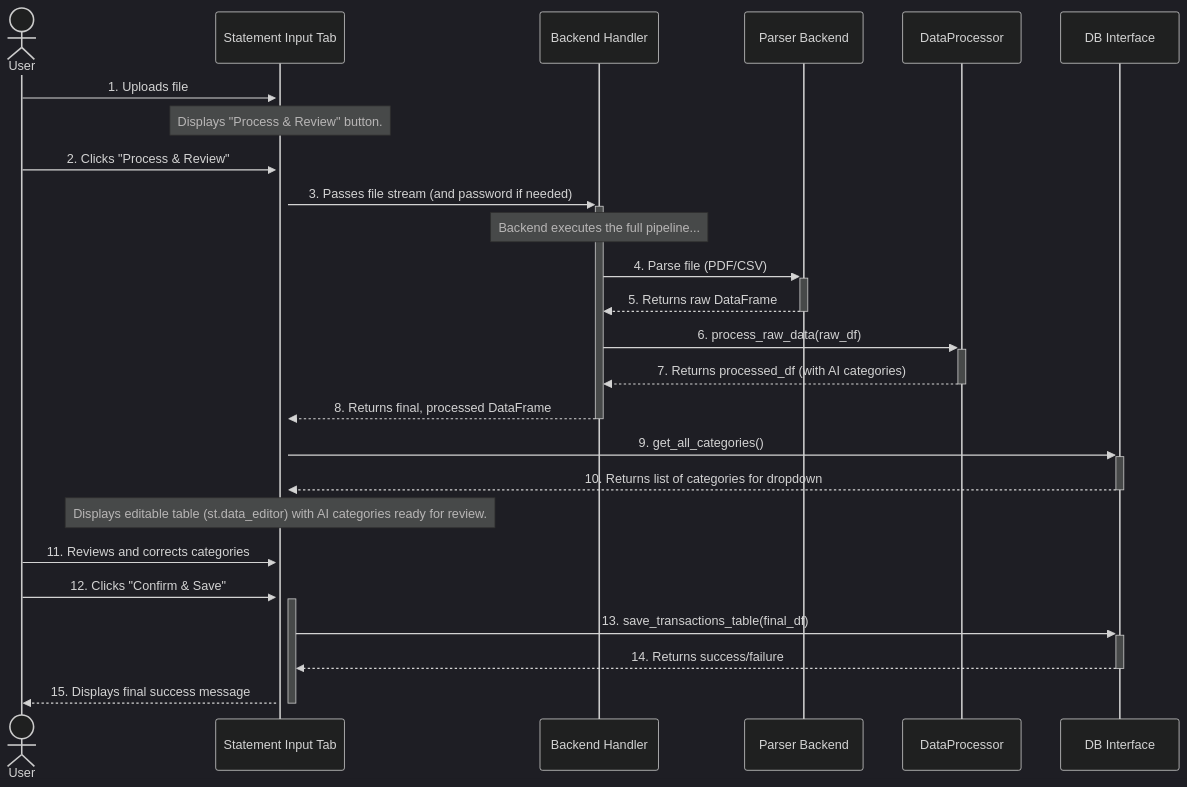
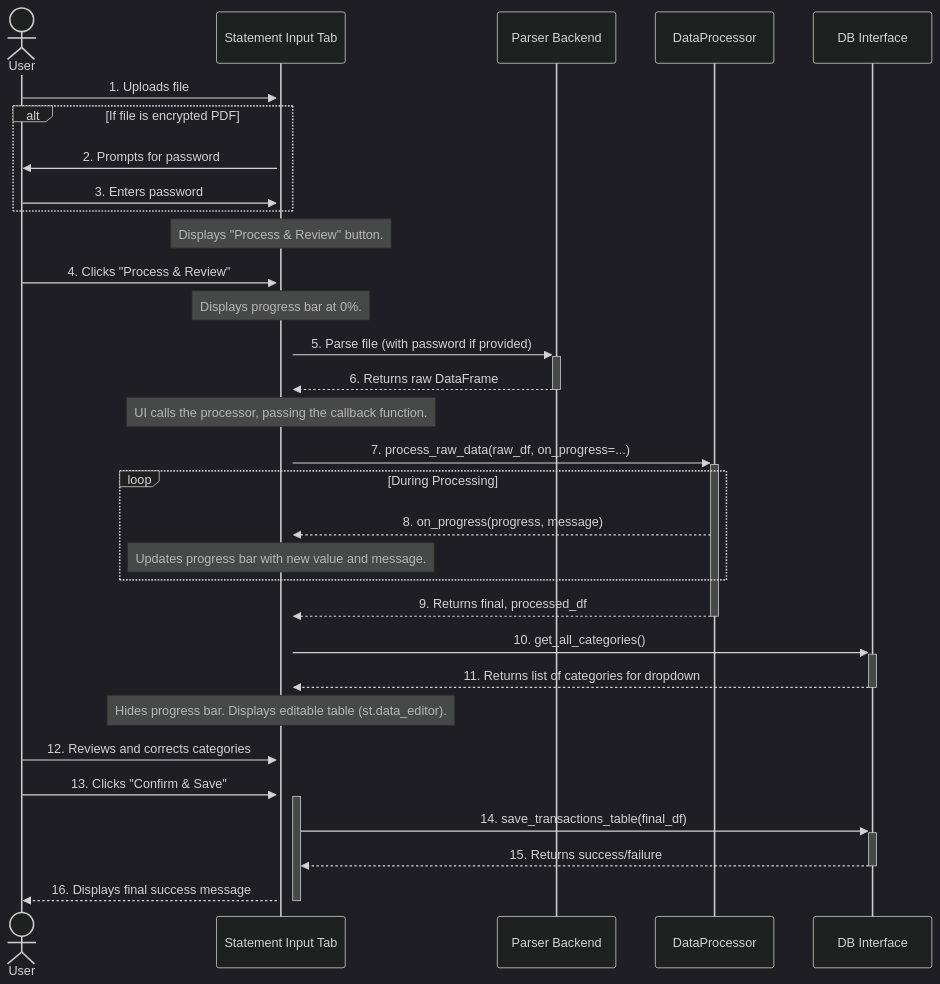
The diagram in planning/frontend/statement_input_tab_arch.md (kumarrishav14/expense-tracker), drawn with Mermaid (dark theme) before and after one commit. The commit also changed other lines of this file and 2 other files, not shown here.

Commit message:
docs: Update frontend and AI processor architecture and add database seeding plan

````diff
--- a/planning/frontend/statement_input_tab_arch.md
+++ b/planning/frontend/statement_input_tab_arch.md
@@ -31,35 +35,44 @@
 ```mermaid
 sequenceDiagram
     actor User
     participant UI as Statement Input Tab
-    participant Backend as Backend Handler
     participant Parser as Parser Backend
     participant Processor as DataProcessor
     participant DB as DB Interface
 
     User->>+UI: 1. Uploads file
+    
+    alt If file is encrypted PDF
+        UI->>User: 2. Prompts for password
+        User->>+UI: 3. Enters password
+    end
+
     Note over UI: Displays "Process & Review" button.
 
-    User->>+UI: 2. Clicks "Process & Review"
-    UI->>+Backend: 3. Passes file stream (and password if needed)
+    User->>+UI: 4. Clicks "Process & Review"
+    Note over UI: Displays progress bar at 0%.
+
+    UI->>+Parser: 5. Parse file (with password if provided)
+    Parser-->>-UI: 6. Returns raw DataFrame
     
-    Note over Backend: Backend executes the full pipeline...
-    Backend->>+Parser: 4. Parse file (PDF/CSV)
-    Parser-->>-Backend: 5. Returns raw DataFrame
+    Note over UI: UI calls the processor, passing the callback function.
+    UI->>+Processor: 7. process_raw_data(raw_df, on_progress=...)
     
-    Backend->>+Processor: 6. process_raw_data(raw_df)
-    Processor-->>-Backend: 7. Returns processed_df (with AI categories)
+    loop During Processing
+        Processor-->>UI: 8. on_progress(progress, message)
+        Note over UI: Updates progress bar with new value and message.
+    end
 
-    Backend-->>-UI: 8. Returns final, processed DataFrame
+    Processor-->>-UI: 9. Returns final, processed_df
 
-    UI->>+DB: 9. get_all_categories()
-    DB-->>-UI: 10. Returns list of categories for dropdown
-    Note over UI: Displays editable table (st.data_editor) with AI categories ready for review.
+    UI->>+DB: 10. get_all_categories()
+    DB-->>-UI: 11. Returns list of categories for dropdown
+    Note over UI: Hides progress bar. Displays editable table (st.data_editor).
     
-    User->>+UI: 11. Reviews and corrects categories
-    User->>+UI: 12. Clicks "Confirm & Save"
+    User->>+UI: 12. Reviews and corrects categories
+    User->>+UI: 13. Clicks "Confirm & Save"
     
-    UI->>+DB: 13. save_transactions_table(final_df)
-    DB-->>-UI: 14. Returns success/failure
-    UI-->>-User: 15. Displays final success message
+    UI->>+DB: 14. save_transactions_table(final_df)
+    DB-->>-UI: 15. Returns success/failure
+    UI-->>-User: 16. Displays final success message
 ```
````
